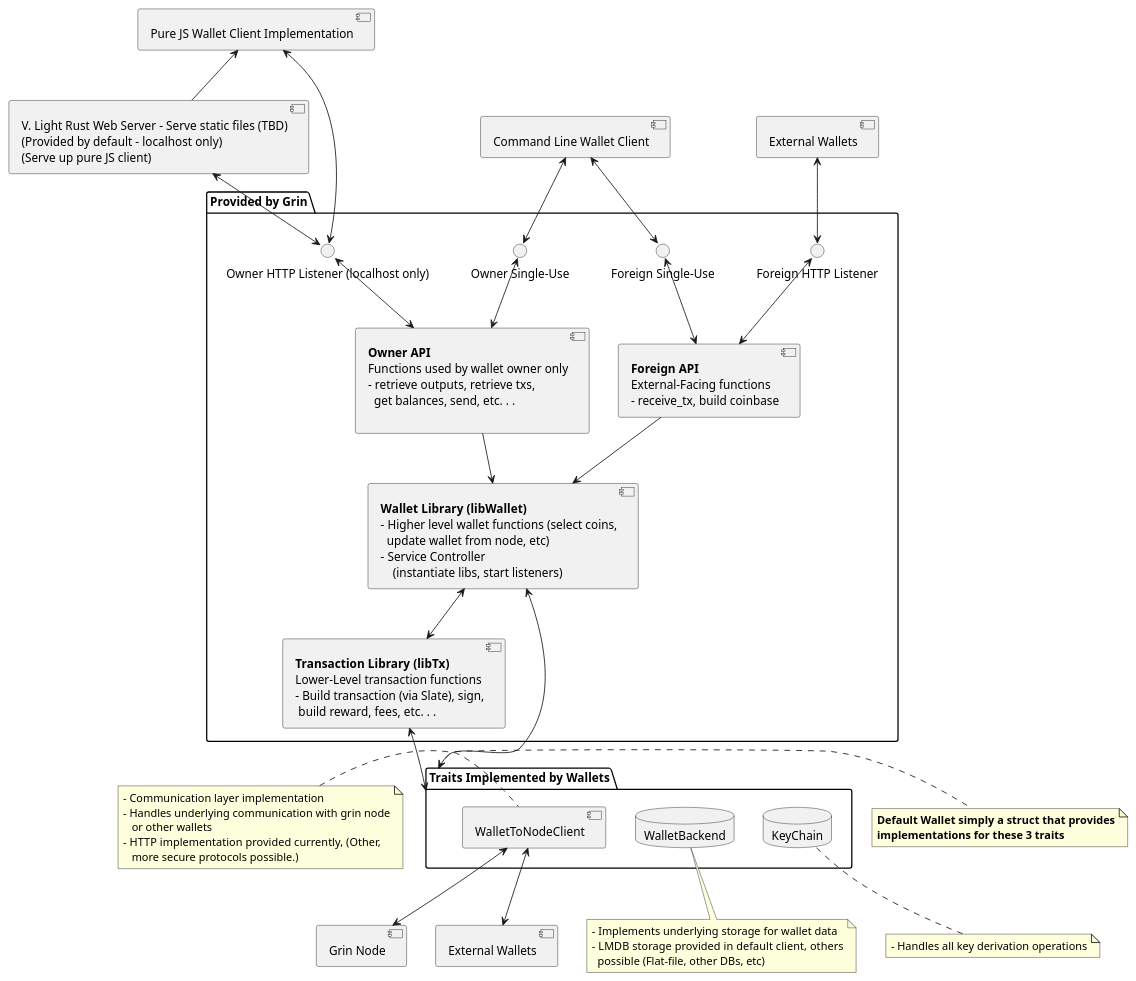
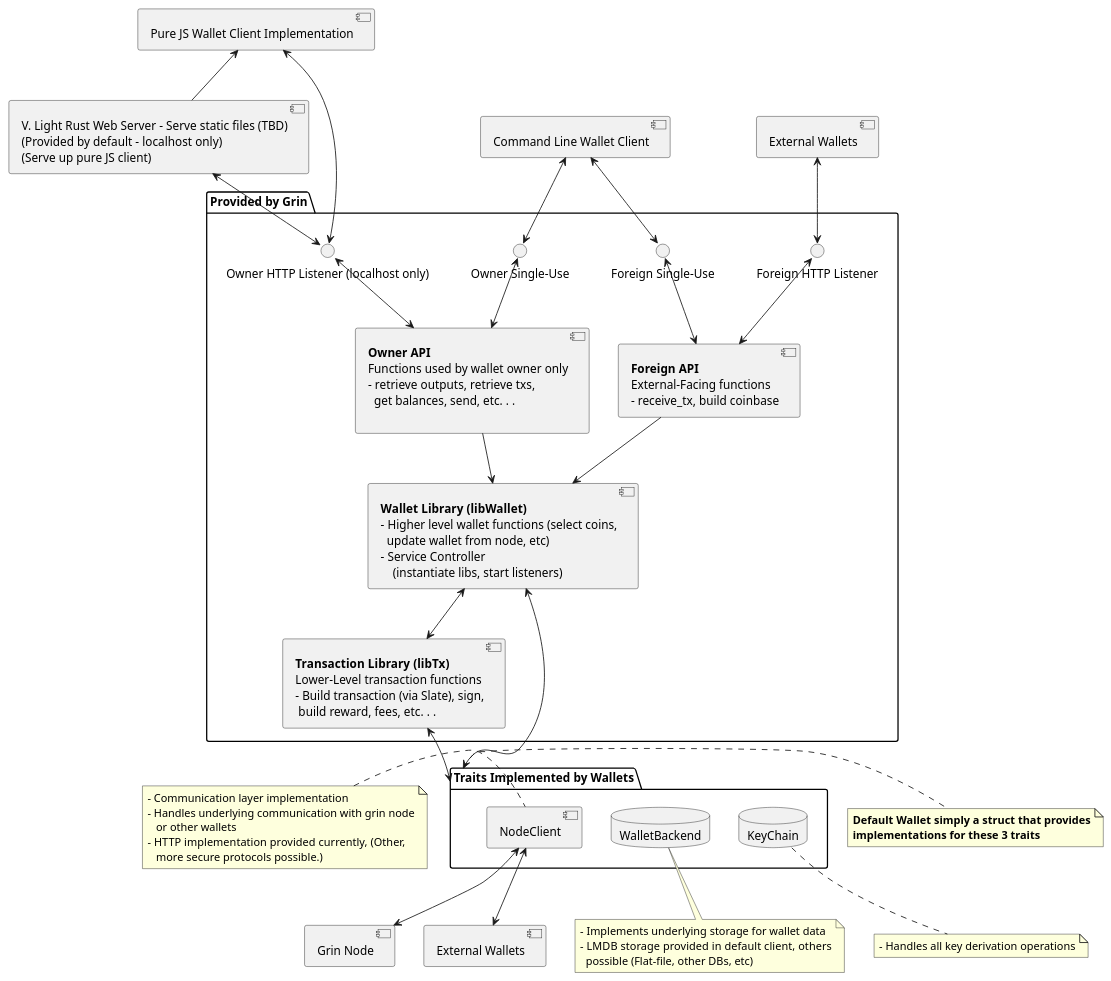
The diagram in doc/wallet/design/wallet-arch.puml (mimblewimble/grin), drawn with PlantUML before and after one commit. The commit also changed 23 other files, not shown here.

```diff
--- a/doc/wallet/design/wallet-arch.puml
+++ b/doc/wallet/design/wallet-arch.puml
@@ -1,110 +1,110 @@
 @startuml grin-wallet-overview 
 skinparam componentStyle uml2
 
 [Grin Node] as grin_node
 
 folder "Provided by Grin" as services {
 	component foreign_api [
 		**Foreign API**
 		External-Facing functions
 		- receive_tx, build coinbase
 	]
 
 	component owner_api [
 		**Owner API**
 		Functions used by wallet owner only
 		- retrieve outputs, retrieve txs,
 		  get balances, send, etc. . .
 
 	]
 	component libtx [
         **Transaction Library (libTx)**
         Lower-Level transaction functions
         - Build transaction (via Slate), sign,
          build reward, fees, etc. . .
 	]
 	component libwallet [
         **Wallet Library (libWallet)	**
         - Higher level wallet functions (select coins,
           update wallet from node, etc)
         - Service Controller
             (instantiate libs, start listeners)
 	]
 	() "Owner HTTP Listener (localhost only)" as owner_http
 	() "Foreign HTTP Listener" as foreign_http
 	() "Owner Single-Use" as owner_single
 	() "Foreign Single-Use" as foreign_single
 }
 
 ' Trait definitions
 package "Traits Implemented by Wallets" as traits {
 	database "WalletBackend" as wallet_backend
 	database "KeyChain" as keychain
-	component "WalletToNodeClient" as wallet_client
+	component "NodeClient" as wallet_client
 }
 
 note left of wallet_client
     - Communication layer implementation
     - Handles underlying communication with grin node
        or other wallets
     - HTTP implementation provided currently, (Other,
        more secure protocols possible.)
 end note
 
 note bottom of keychain
     - Handles all key derivation operations
 end note
 
 note bottom of wallet_backend
     - Implements underlying storage for wallet data
     - LMDB  storage provided in default client, others
       possible (Flat-file, other DBs, etc)
 end note
 
 libtx <--> traits
 libwallet <--> traits
 
 note right of traits
     **Default Wallet simply a struct that provides**
     **implementations for these 3 traits**
 end note
 
 ' Client Side
 'package "Provided as reference implementation" {
 	[Pure JS Wallet Client Implementation] as js_client
 	[Command Line Wallet Client] as cl_client
 	component web_server [
 			V. Light Rust Web Server - Serve static files (TBD)
 			(Provided by default - localhost only)
 			(Serve up pure JS client)
 	]
 '}
 
 [External Wallets] as external_wallets
 [External Wallets] as external_wallets_2
 
 wallet_client <--> grin_node
 wallet_client <--> external_wallets_2
 
 web_server <--> owner_http
 js_client <-- web_server
 cl_client <--> owner_single
 cl_client <--> foreign_single
 
 owner_single <--> owner_api
 foreign_single <--> foreign_api
 
 libwallet <--> libtx
 
 foreign_api --> libwallet
 owner_api --> libwallet
 
 js_client <--> owner_http
 owner_http <--> owner_api
 external_wallets <--> foreign_http
 foreign_http <--> foreign_api
 
 'layout fix
 'grin_node -[hidden]- wallet_backend
 
 @enduml
```
